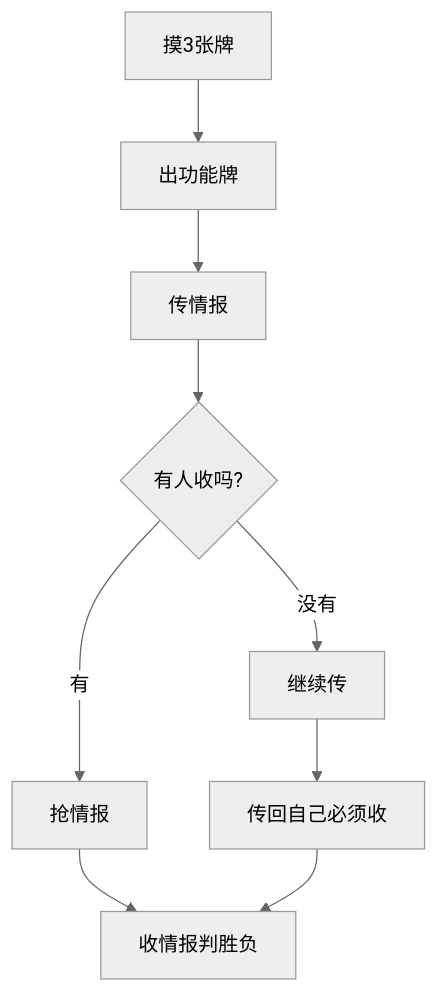
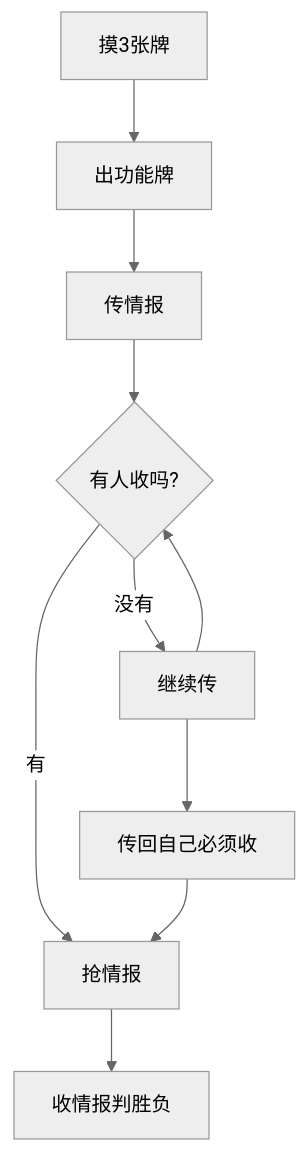
Before and after one commit to CuteReimu/fengsheng-doc: the diagram in docs/document/strategy/deepseek.md, drawn with Mermaid (neutral theme). The commit also changed other lines of this file, not shown here.

````diff
--- a/docs/document/strategy/deepseek.md
+++ b/docs/document/strategy/deepseek.md
@@ -22,10 +22,12 @@
 ```mermaid
 graph TD
     A[摸3张牌] --> B[出功能牌]
     B --> C[传情报]
     C --> D{有人收吗?}
     D -->|有| E[抢情报]
     D -->|没有| F[继续传]
     F --> G[传回自己必须收]
-    E & G --> H[收情报判胜负]
+    F --> D
+    G --> E
+    E --> H[收情报判胜负]
 ```
````
